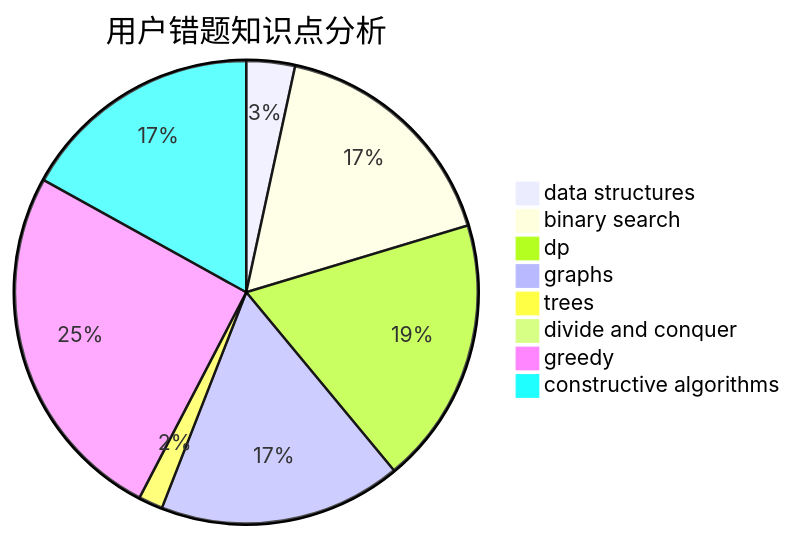
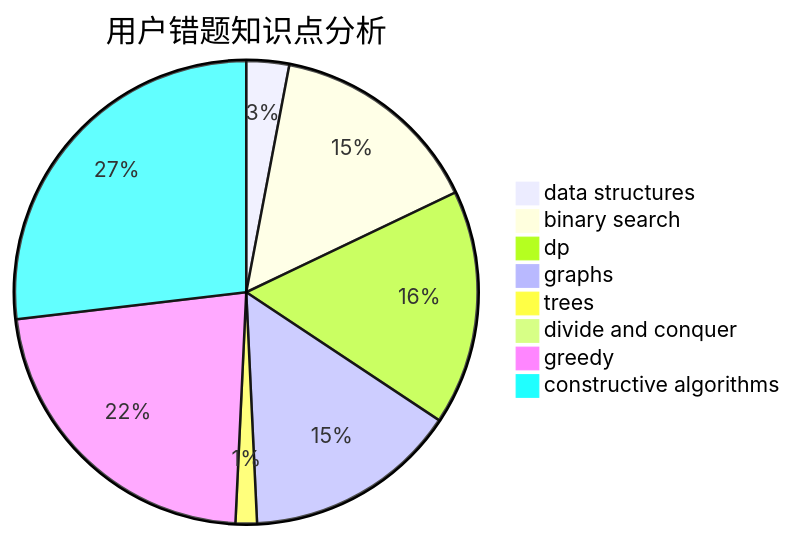
One commit to sherpahu/cfrs.github.io changed the third of 3 diagrams in docs/user/u2362.md. Above: the diagram before and after it, drawn with Mermaid. The commit also changed other lines of this file and 2770 other files, not shown here.

````diff
--- a/docs/user/u2362.md
+++ b/docs/user/u2362.md
@@ -36,11 +36,11 @@
 ```mermaid
 pie title 用户错题知识点分析
     "data structures" :  2
     "binary search" :  10
     "dp" :  11
     "graphs" :  10
     "trees" :  1
     "divide and conquer" :  0
     "greedy" :  15
-    "constructive algorithms" :  10
+    "constructive algorithms" :  18
 ```
````
